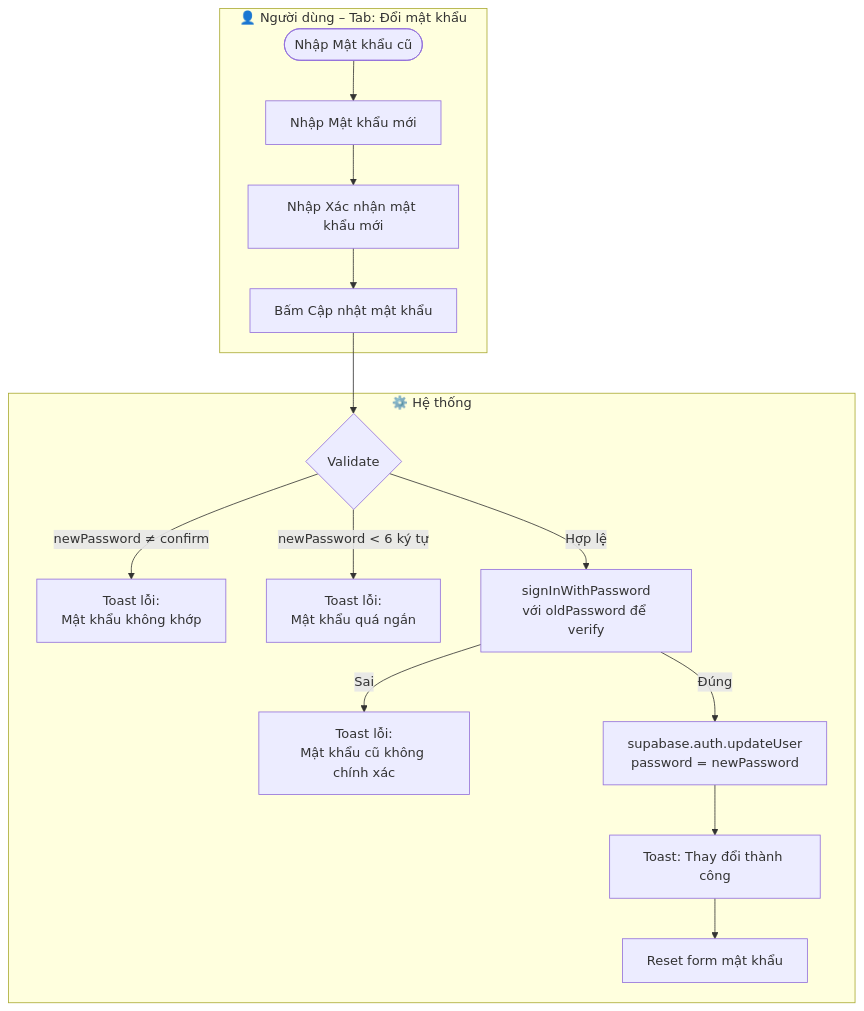
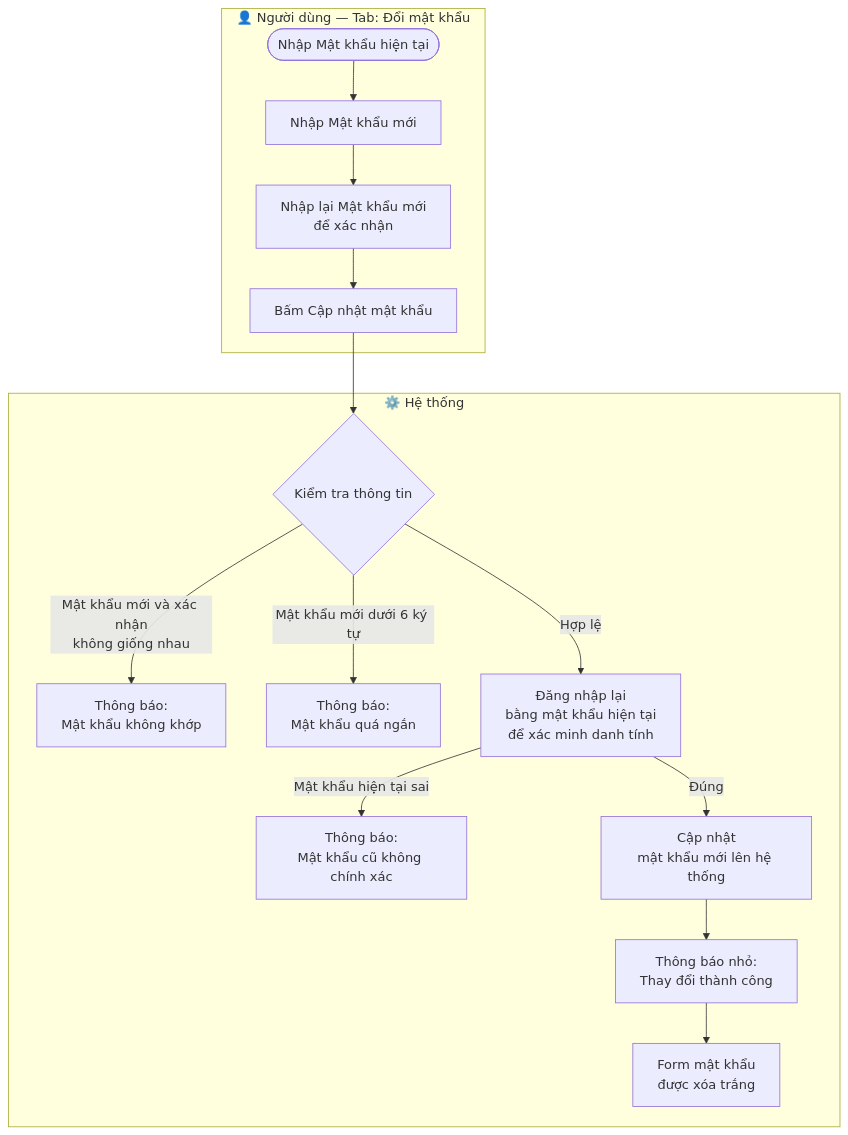
Before and after one commit to natelyt12/trotot: the sixth of 8 diagrams in prj_workflows/05_profile_workflow.md, drawn with Mermaid. The commit also changed other lines of this file and 5 other files, not shown here.

Commit message:
fix: sửa lại định dạng cho phù hợp với người low-code

````diff
--- a/prj_workflows/05_profile_workflow.md
+++ b/prj_workflows/05_profile_workflow.md
@@ -146,19 +145,19 @@
 ```mermaid
 flowchart TD
-    subgraph USER["👤 Người dùng – Tab: Đổi mật khẩu"]
-        A([Nhập Mật khẩu cũ]) --> B[Nhập Mật khẩu mới]
-        B --> C[Nhập Xác nhận mật khẩu mới]
+    subgraph USER["👤 Người dùng — Tab: Đổi mật khẩu"]
+        A([Nhập Mật khẩu hiện tại]) --> B[Nhập Mật khẩu mới]
+        B --> C[Nhập lại Mật khẩu mới\nđể xác nhận]
         C --> D[Bấm Cập nhật mật khẩu]
     end
 
     subgraph SYSTEM["⚙️ Hệ thống"]
-        D --> E{Validate}
-        E --> |newPassword ≠ confirm| F[Toast lỗi:\nMật khẩu không khớp]
-        E --> |newPassword < 6 ký tự| G[Toast lỗi:\nMật khẩu quá ngắn]
-        E --> |Hợp lệ| H[signInWithPassword\nvới oldPassword để verify]
-        H --> |Sai| I[Toast lỗi:\nMật khẩu cũ không chính xác]
-        H --> |Đúng| J[supabase.auth.updateUser\npassword = newPassword]
-        J --> K[Toast: Thay đổi thành công]
-        K --> L[Reset form mật khẩu]
+        D --> E{Kiểm tra thông tin}
+        E --> |Mật khẩu mới và xác nhận\nkhông giống nhau| F[Thông báo:\nMật khẩu không khớp]
+        E --> |Mật khẩu mới dưới 6 ký tự| G[Thông báo:\nMật khẩu quá ngắn]
+        E --> |Hợp lệ| H[Đăng nhập lại\nbằng mật khẩu hiện tại\nđể xác minh danh tính]
+        H --> |Mật khẩu hiện tại sai| I[Thông báo:\nMật khẩu cũ không chính xác]
+        H --> |Đúng| J[Cập nhật\nmật khẩu mới lên hệ thống]
+        J --> K[Thông báo nhỏ:\nThay đổi thành công]
+        K --> L[Form mật khẩu\nđược xóa trắng]
     end
 ```
````
